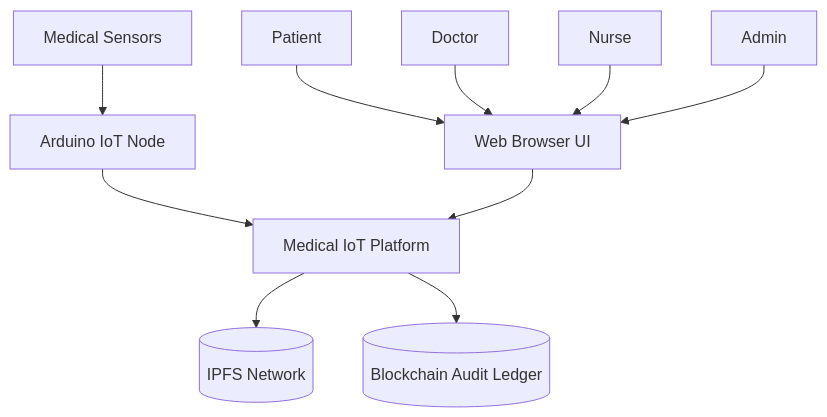
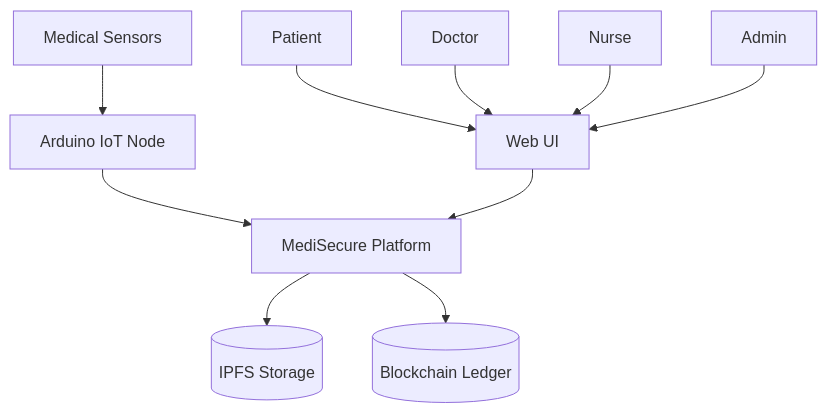
Before and after one commit to malcolm-cephas/Medical-IoT: the first of 7 diagrams in README.md, drawn with Mermaid. The commit also changed other lines of this file and 21 other files, not shown here.

````diff
--- a/README.md
+++ b/README.md
@@ -245,31 +65,14 @@
 ```mermaid
 flowchart TD
+    Patient[Patient] --> Browser[Web UI]
+    Doctor[Doctor] --> Browser
+    Nurse[Nurse] --> Browser
+    Admin[Admin] --> Browser
 
-Patient[Patient]
-Doctor[Doctor]
-Nurse[Nurse]
-Admin[Admin]
+    Sensors[Medical Sensors] --> Arduino[Arduino IoT Node]
+    Arduino --> Platform[MediSecure Platform]
 
-Browser[Web Browser UI]
-
-Sensors[Medical Sensors]
-Arduino[Arduino IoT Node]
-
-Platform[Medical IoT Platform]
-
-IPFS[(IPFS Network)]
-Blockchain[(Blockchain Audit Ledger)]
-
-Patient --> Browser
-Doctor --> Browser
-Nurse --> Browser
-Admin --> Browser
-
-Sensors --> Arduino
-Arduino --> Platform
-
-Browser --> Platform
-
-Platform --> IPFS
-Platform --> Blockchain
+    Browser --> Platform
+    Platform --> IPFS[(IPFS Storage)]
+    Platform --> Blockchain[(Blockchain Ledger)]
 ```
````
